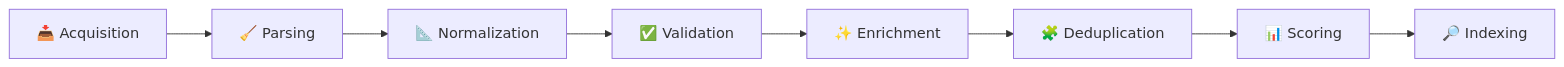
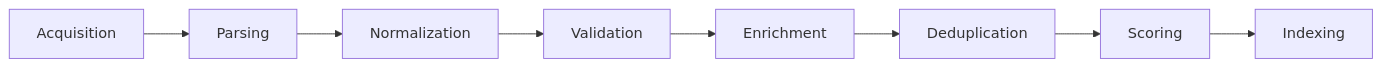
One commit to aminemaouhoub1312/ShadowScope-AM changed the third of 11 diagrams in README.md. Above: the diagram before and after it, drawn with Mermaid. The commit also changed other lines of this file, not shown here.

````diff
--- a/README.md
+++ b/README.md
@@ -223,12 +223,12 @@
 ```mermaid
 flowchart LR
 
-A["📥 Acquisition"] -->
-B["🧹 Parsing"] -->
-C["📐 Normalization"] -->
-D["✅ Validation"] -->
-E["✨ Enrichment"] -->
-F["🧩 Deduplication"] -->
-G["📊 Scoring"] -->
-H["🔎 Indexing"]
+A[" Acquisition"] -->
+B[" Parsing"] -->
+C[" Normalization"] -->
+D[" Validation"] -->
+E[" Enrichment"] -->
+F[" Deduplication"] -->
+G[" Scoring"] -->
+H[" Indexing"]
 ```
````
